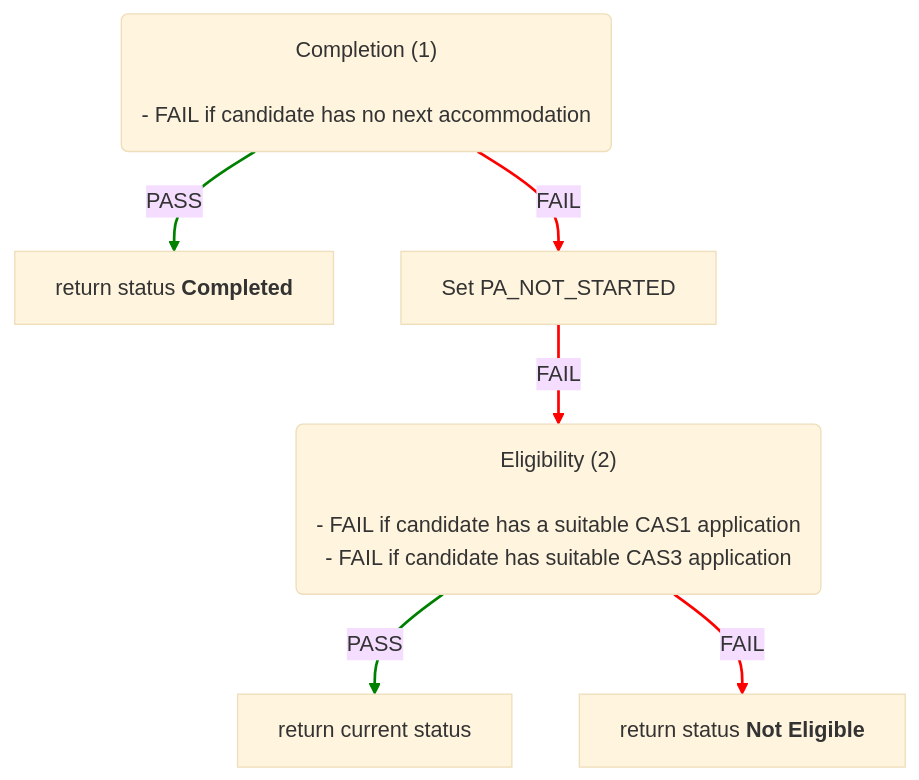
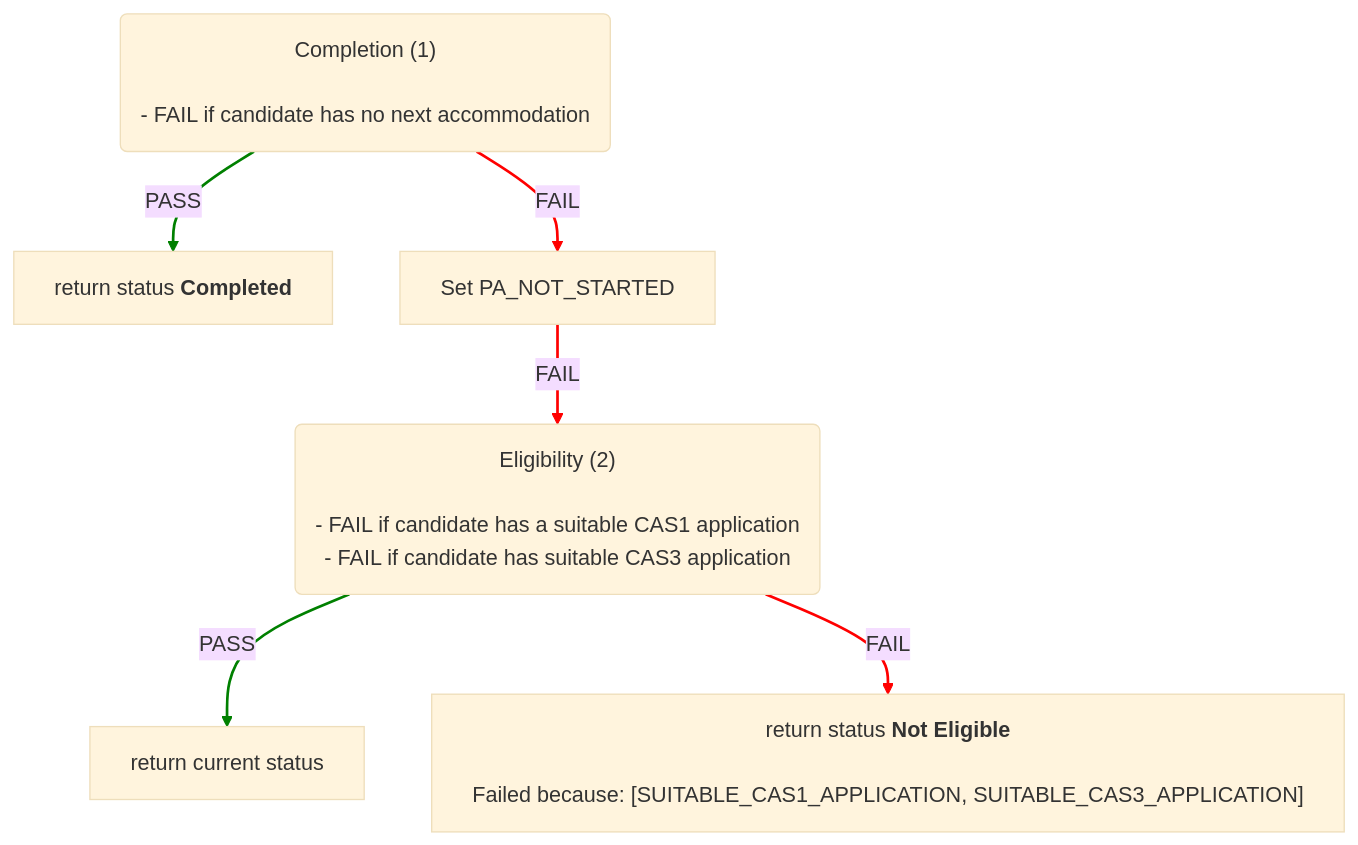
The sixth of 6 diagrams in docs/eligibility-rules-graph.md (ministryofjustice/hmpps-single-accommodation-service-api), drawn with Mermaid (base theme) before and after one commit. The commit also changed other lines of this file and 49 other files, not shown here.

Commit message:
chore/SAS-1533-Add-failure-reasons-to-static-graph

````diff
--- a/docs/eligibility-rules-graph.md
+++ b/docs/eligibility-rules-graph.md
@@ -602,22 +657,24 @@
 ```mermaid
 %%{init: {"flowchart": {"wrappingWidth": 800}}}%%
 flowchart TD
   Completion("Completion (1)
 
 - FAIL if candidate has no next accommodation")
   return_status_Completed["return status <b>Completed</b>"]
   Set_PA_NOT_STARTED["Set PA_NOT_STARTED"]
   Eligibility("Eligibility (2)
 
 - FAIL if candidate has a suitable CAS1 application
 - FAIL if candidate has suitable CAS3 application")
   return_current_status["return current status"]
-  return_status_Not_Eligible["return status <b>Not Eligible</b>"]
+  return_status_Not_Eligible__Failed_because___SUITABLE_CAS1_APPLICATION__SUITABLE_CAS3_APPLICATION_["return status <b>Not Eligible</b>
+
+Failed because: [SUITABLE_CAS1_APPLICATION, SUITABLE_CAS3_APPLICATION]"]
   Completion -->|PASS| return_status_Completed
   Completion -->|FAIL| Set_PA_NOT_STARTED
   Eligibility -->|PASS| return_current_status
-  Eligibility -->|FAIL| return_status_Not_Eligible
+  Eligibility -->|FAIL| return_status_Not_Eligible__Failed_because___SUITABLE_CAS1_APPLICATION__SUITABLE_CAS3_APPLICATION_
   Set_PA_NOT_STARTED -->|FAIL| Eligibility
   linkStyle 0,2 stroke:green,stroke-width:2px
   linkStyle 1,3,4 stroke:red,stroke-width:2px
 ```
````
